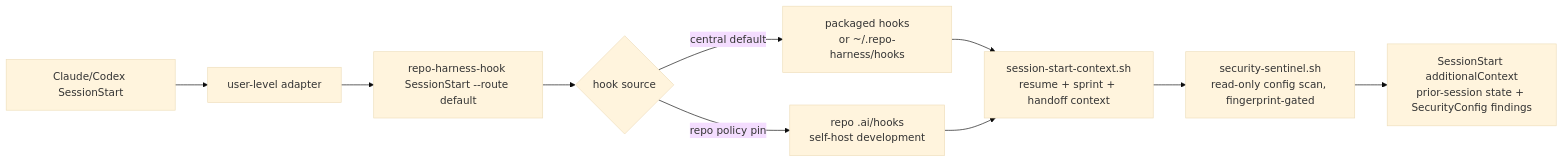
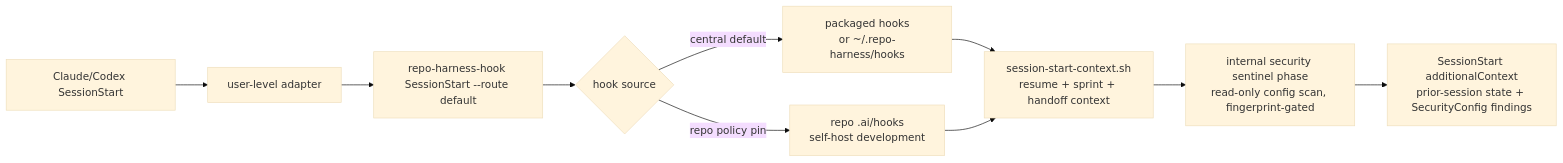
One commit to Ancienttwo/repo-harness changed the second of 3 diagrams in README.md. Above: the diagram before and after it, drawn with Mermaid (base theme). The commit also changed other lines of this file and 22 other files, not shown here.

````diff
--- a/README.md
+++ b/README.md
@@ -297,12 +298,12 @@
 ```mermaid
 flowchart LR
   SessionStart["Claude/Codex SessionStart"] --> Adapter["user-level adapter"]
   Adapter --> Entry["repo-harness-hook SessionStart --route default"]
   Entry --> Source{"hook source"}
   Source -->|central default| Central["packaged hooks<br/>or ~/.repo-harness/hooks"]
   Source -->|repo policy pin| Repo["repo .ai/hooks<br/>self-host development"]
   Central --> Ctx["session-start-context.sh<br/>resume + sprint + handoff context"]
   Repo --> Ctx
-  Ctx --> Sec["security-sentinel.sh<br/>read-only config scan, fingerprint-gated"]
+  Ctx --> Sec["internal security sentinel phase<br/>read-only config scan, fingerprint-gated"]
   Sec --> SSOut["SessionStart additionalContext<br/>prior-session state + SecurityConfig findings"]
 ```
````
